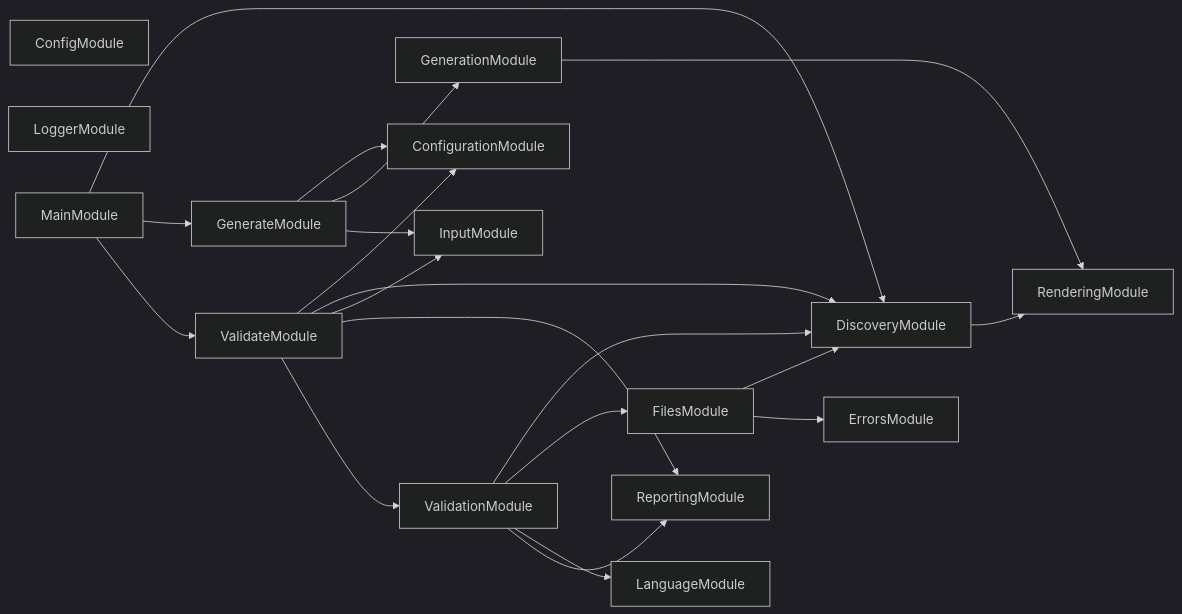
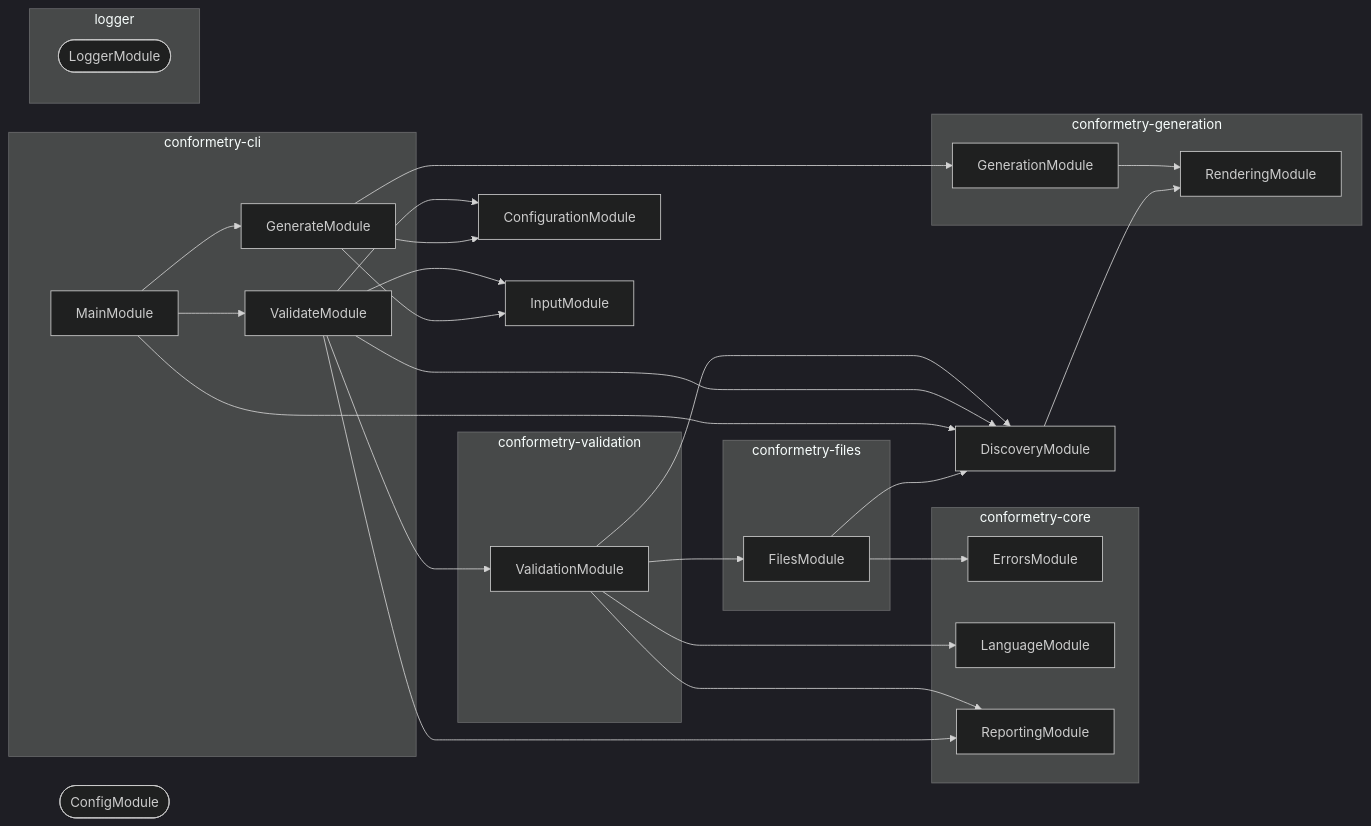
One commit to JimmyPaolini/codebase changed the second of 2 diagrams in packages/conformetry-cli/README.md. Above: the diagram before and after it, drawn with Mermaid (dark theme). The commit also changed other lines of this file and 71 other files, not shown here.

Commit message:
feat(synchronization): ✨ group module graphs by package and add nx project graphs

````diff
--- a/packages/conformetry-cli/README.md
+++ b/packages/conformetry-cli/README.md
@@ -240,24 +265,49 @@
 ```mermaid
 flowchart LR
-  ConfigModule
-  LoggerModule
+  subgraph group0["conformetry-cli"]
+    GenerateModule
+    MainModule
+    ValidateModule
+  end
+  subgraph group1["conformetry-core"]
+    ErrorsModule
+    LanguageModule
+    ReportingModule
+  end
+  subgraph group2["conformetry-files"]
+    FilesModule
+  end
+  subgraph group3["conformetry-generation"]
+    GenerationModule
+    RenderingModule
+  end
+  subgraph group4["conformetry-validation"]
+    ValidationModule
+  end
+  subgraph group5["logger"]
+    LoggerModule([LoggerModule])
+  end
+  ConfigModule([ConfigModule])
+  ConfigurationModule
+  DiscoveryModule
+  InputModule
   DiscoveryModule --> RenderingModule
   FilesModule --> DiscoveryModule
   FilesModule --> ErrorsModule
   GenerateModule --> ConfigurationModule
   GenerateModule --> GenerationModule
   GenerateModule --> InputModule
   GenerationModule --> RenderingModule
   MainModule --> DiscoveryModule
   MainModule --> GenerateModule
   MainModule --> ValidateModule
   ValidateModule --> ConfigurationModule
   ValidateModule --> DiscoveryModule
   ValidateModule --> InputModule
   ValidateModule --> ReportingModule
   ValidateModule --> ValidationModule
   ValidationModule --> DiscoveryModule
   ValidationModule --> FilesModule
   ValidationModule --> LanguageModule
   ValidationModule --> ReportingModule
 ```
````
